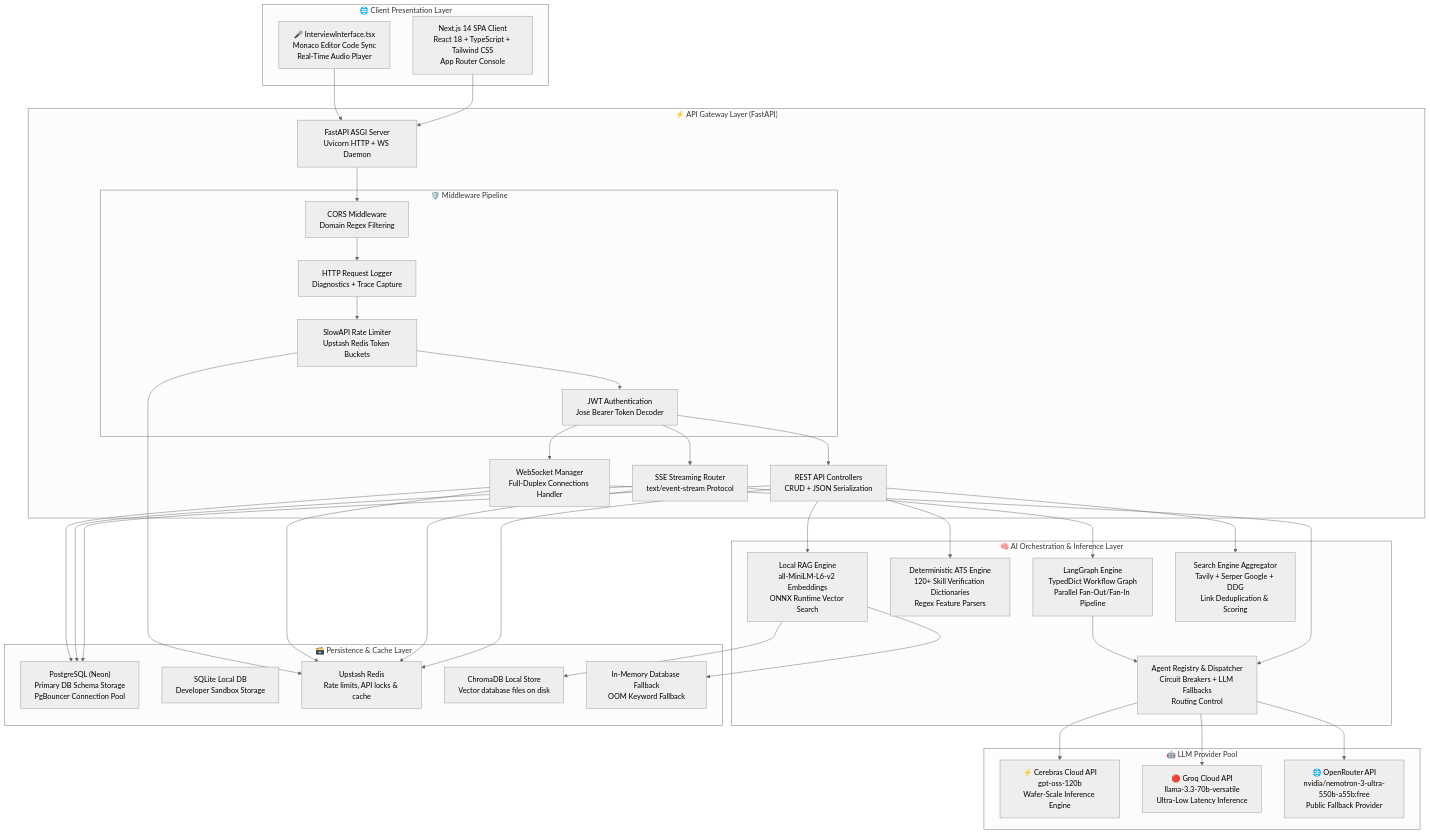
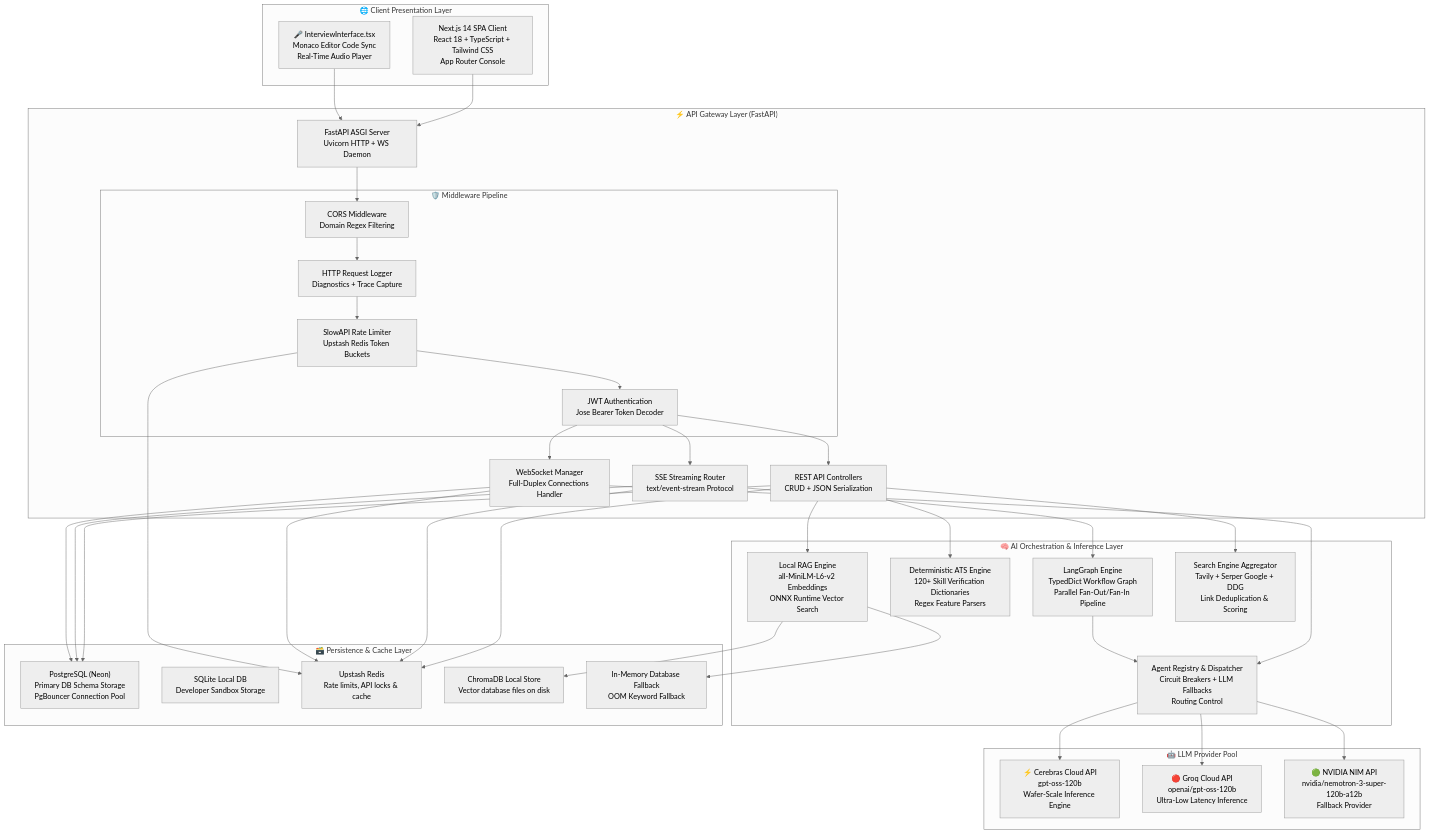
Before and after one commit to Anil-Pradhan-web/ai-career-mentor: the first of 33 diagrams in documentation/ARCHITECTURE.md, drawn with Mermaid (neutral theme). The commit also changed other lines of this file and 5 other files, not shown here.

````diff
--- a/documentation/ARCHITECTURE.md
+++ b/documentation/ARCHITECTURE.md
@@ -48,57 +48,57 @@
 ```mermaid
 graph TB
     subgraph "🌐 Client Presentation Layer"
         UI["Next.js 14 SPA Client<br/>React 18 + TypeScript + Tailwind CSS<br/>App Router Console"]
         MI["🎤 InterviewInterface.tsx<br/>Monaco Editor Code Sync<br/>Real-Time Audio Player"]
     end
 
     subgraph "⚡ API Gateway Layer (FastAPI)"
         GW["FastAPI ASGI Server<br/>Uvicorn HTTP + WS Daemon"]
         REST["REST API Controllers<br/>CRUD + JSON Serialization"]
         SSE["SSE Streaming Router<br/>text/event-stream Protocol"]
         WS_MGR["WebSocket Manager<br/>Full-Duplex Connections Handler"]
         
         subgraph "🛡️ Middleware Pipeline"
             CORS["CORS Middleware<br/>Domain Regex Filtering"]
             LOG["HTTP Request Logger<br/>Diagnostics + Trace Capture"]
             SLW["SlowAPI Rate Limiter<br/>Upstash Redis Token Buckets"]
             JWT["JWT Authentication<br/>Jose Bearer Token Decoder"]
         end
     end
 
     subgraph "🧠 AI Orchestration & Inference Layer"
         LG["LangGraph Engine<br/>TypedDict Workflow Graph<br/>Parallel Fan-Out/Fan-In Pipeline"]
         REG["Agent Registry & Dispatcher<br/>Circuit Breakers + LLM Fallbacks<br/>Routing Control"]
         ATS["Deterministic ATS Engine<br/>120+ Skill Verification Dictionaries<br/>Regex Feature Parsers"]
         RAG_SVC["Local RAG Engine<br/>all-MiniLM-L6-v2 Embeddings<br/>ONNX Runtime Vector Search"]
         SE["Search Engine Aggregator<br/>Tavily + Serper Google + DDG<br/>Link Deduplication & Scoring"]
     end
 
     subgraph "🤖 LLM Provider Pool"
         CEREBRAS["⚡ Cerebras Cloud API<br/>gpt-oss-120b<br/>Wafer-Scale Inference Engine"]
-        GROQ["🔴 Groq Cloud API<br/>llama-3.3-70b-versatile<br/>Ultra-Low Latency Inference"]
-        OPENROUTER["🌐 OpenRouter API<br/>nvidia/nemotron-3-ultra-550b-a55b:free<br/>Public Fallback Provider"]
+        GROQ["🔴 Groq Cloud API<br/>openai/gpt-oss-120b<br/>Ultra-Low Latency Inference"]
+        NVIDIA["🟢 NVIDIA NIM API<br/>nvidia/nemotron-3-super-120b-a12b<br/>Fallback Provider"]
     end
 
     subgraph "🗃️ Persistence & Cache Layer"
         PG["PostgreSQL (Neon)<br/>Primary DB Schema Storage<br/>PgBouncer Connection Pool"]
         SQL["SQLite Local DB<br/>Developer Sandbox Storage"]
         RD["Upstash Redis<br/>Rate limits, API locks & cache"]
         CD["ChromaDB Local Store<br/>Vector database files on disk"]
         MEM["In-Memory Database Fallback<br/>OOM Keyword Fallback"]
     end
 
     UI & MI --> GW
     GW --> CORS --> LOG --> SLW --> JWT
     JWT --> REST & SSE & WS_MGR
     
     REST --> ATS & RAG_SVC & SE & PG & RD
     SSE --> LG & PG & RD
     WS_MGR --> REG & PG & RD
     
     LG --> REG
-    REG --> CEREBRAS & GROQ & OPENROUTER
+    REG --> CEREBRAS & GROQ & NVIDIA
     
     SLW --> RD
     RAG_SVC --> CD & MEM
 ```
````
